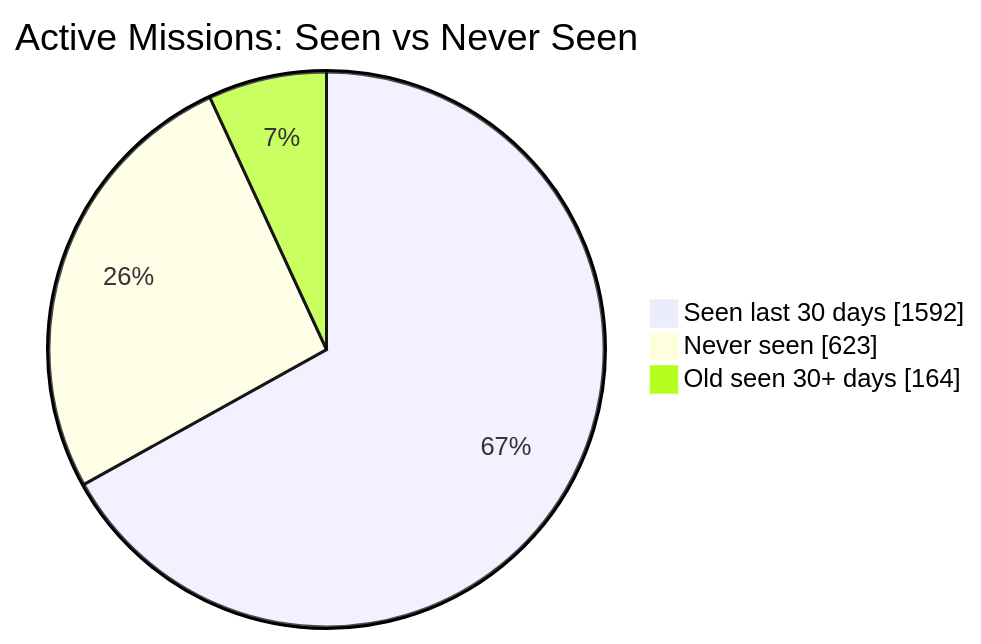
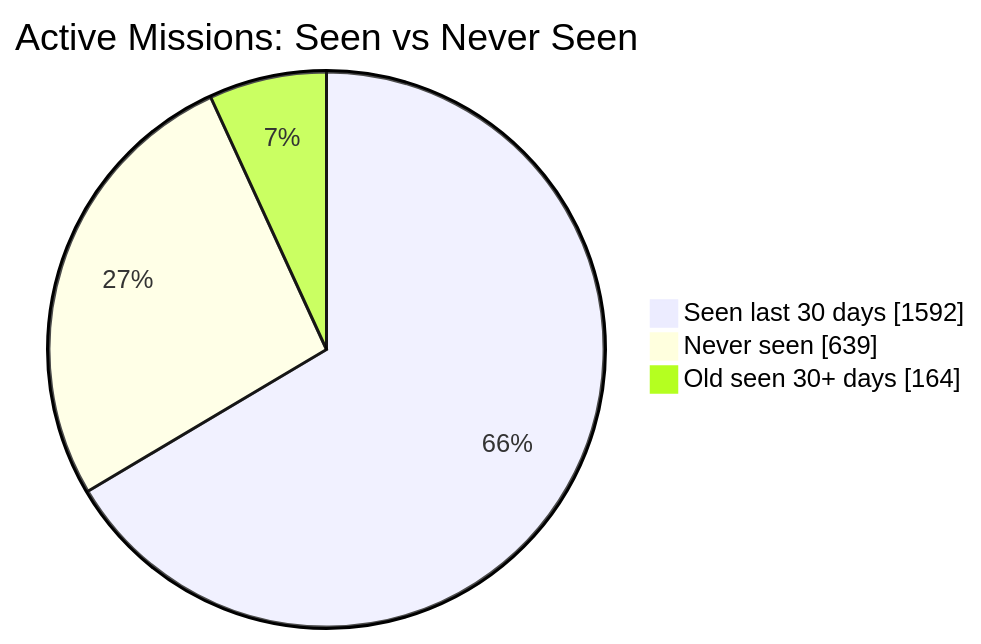
The first of 2 diagrams in README.md (MeldkamerspelGameTeam/active-missions), drawn with Mermaid before and after one commit. The commit also changed other lines of this file and 3 other files, not shown here.

````diff
--- a/README.md
+++ b/README.md
@@ -34,7 +34,7 @@
 ```mermaid
 pie showData
     title Active Missions: Seen vs Never Seen
     "Seen last 30 days" : 1592
-    "Never seen" : 623
+    "Never seen" : 639
     "Old seen 30+ days" : 164
 ```
````
